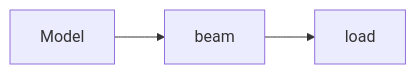
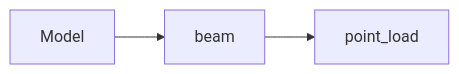
Before and after one commit to airinnova/framat: diagram 16 of 21 in docs/source/api/model_api.rst, drawn with Mermaid. The commit also changed other lines of this file and 9 other files, not shown here.

```diff
--- a/docs/source/api/model_api.rst
+++ b/docs/source/api/model_api.rst
@@ -655,6 +655,6 @@
 .. mermaid::
 
     graph LR
     A[Model]
     A --> F1[beam] 
-    F1 --> P1[load] 
+    F1 --> P1[point_load] 
```
